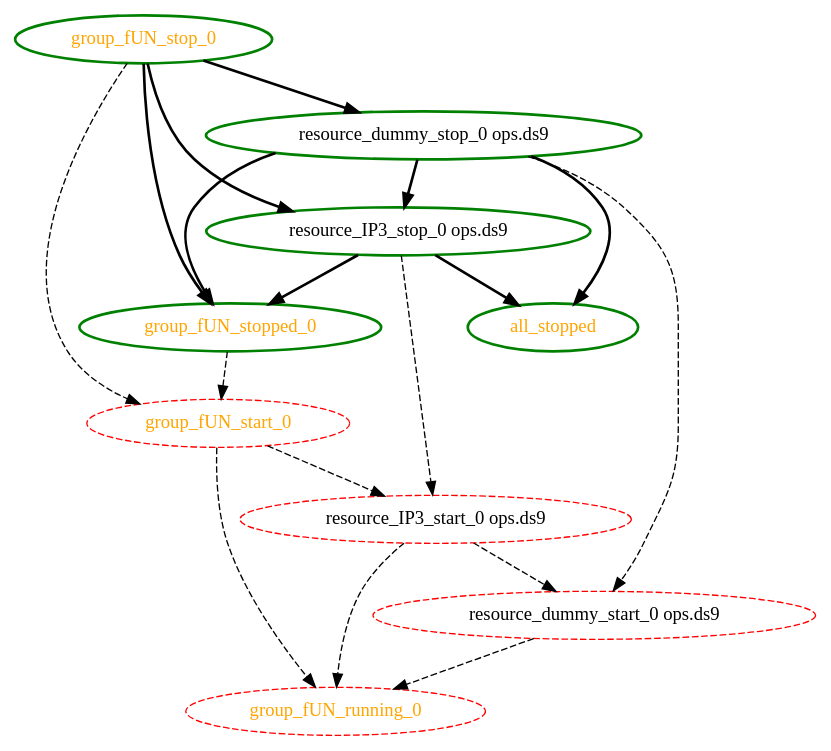
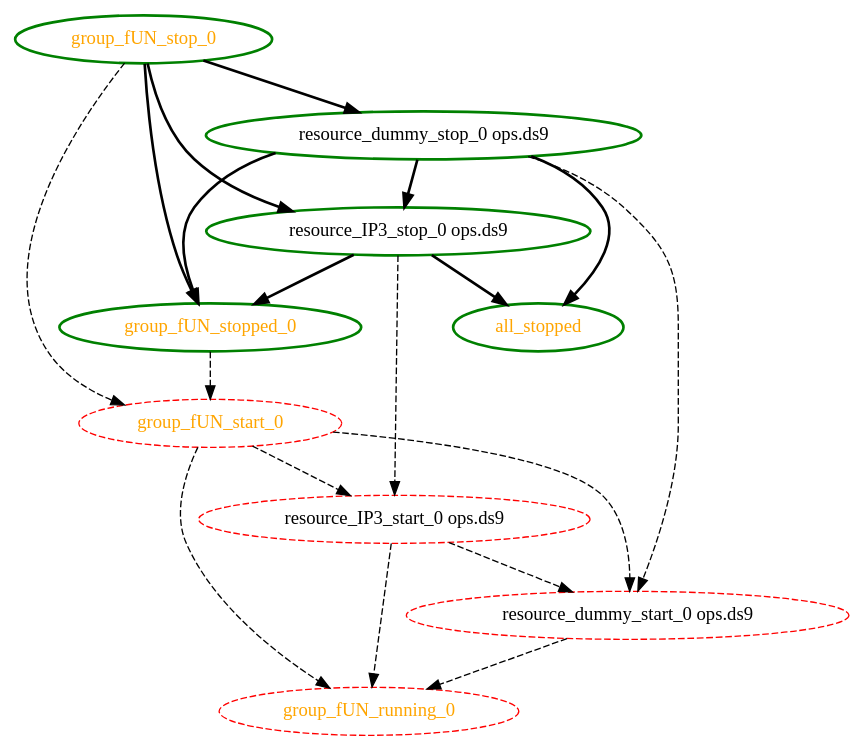
Before and after one commit to linux-ha-japan/pm_diskd: the diagram in pengine/testcases/bug-1718.dot, drawn with Graphviz. The commit also changed 57 other files, not shown here.

Commit message:
High: PE: Group start ordering fixes Ensure group.start is included in the graph if any of its members are starting.  This allows it to be ordered after group.stopped and group.demoted actions (if any member of the group is being stopped or demoted)

```diff
--- a/pengine/testcases/bug-1718.dot
+++ b/pengine/testcases/bug-1718.dot
@@ -1,28 +1,29 @@
 digraph "g" {
 "all_stopped" [ style=bold color="green" fontcolor="orange"  ]
 "group_fUN_running_0" [ style=dashed color="red" fontcolor="orange"  ]
 "group_fUN_start_0" -> "group_fUN_running_0" [ style = dashed]
 "group_fUN_start_0" -> "resource_IP3_start_0 ops.ds9" [ style = dashed]
+"group_fUN_start_0" -> "resource_dummy_start_0 ops.ds9" [ style = dashed]
 "group_fUN_start_0" [ style=dashed color="red" fontcolor="orange"  ]
 "group_fUN_stop_0" -> "group_fUN_start_0" [ style = dashed]
 "group_fUN_stop_0" -> "group_fUN_stopped_0" [ style = bold]
 "group_fUN_stop_0" -> "resource_IP3_stop_0 ops.ds9" [ style = bold]
 "group_fUN_stop_0" -> "resource_dummy_stop_0 ops.ds9" [ style = bold]
 "group_fUN_stop_0" [ style=bold color="green" fontcolor="orange"  ]
 "group_fUN_stopped_0" -> "group_fUN_start_0" [ style = dashed]
 "group_fUN_stopped_0" [ style=bold color="green" fontcolor="orange"  ]
 "resource_IP3_start_0 ops.ds9" -> "group_fUN_running_0" [ style = dashed]
 "resource_IP3_start_0 ops.ds9" -> "resource_dummy_start_0 ops.ds9" [ style = dashed]
 "resource_IP3_start_0 ops.ds9" [ style=dashed color="red" fontcolor="black"  ]
 "resource_IP3_stop_0 ops.ds9" -> "all_stopped" [ style = bold]
 "resource_IP3_stop_0 ops.ds9" -> "group_fUN_stopped_0" [ style = bold]
 "resource_IP3_stop_0 ops.ds9" -> "resource_IP3_start_0 ops.ds9" [ style = dashed]
 "resource_IP3_stop_0 ops.ds9" [ style=bold color="green" fontcolor="black"  ]
 "resource_dummy_start_0 ops.ds9" -> "group_fUN_running_0" [ style = dashed]
 "resource_dummy_start_0 ops.ds9" [ style=dashed color="red" fontcolor="black"  ]
 "resource_dummy_stop_0 ops.ds9" -> "all_stopped" [ style = bold]
 "resource_dummy_stop_0 ops.ds9" -> "group_fUN_stopped_0" [ style = bold]
 "resource_dummy_stop_0 ops.ds9" -> "resource_IP3_stop_0 ops.ds9" [ style = bold]
 "resource_dummy_stop_0 ops.ds9" -> "resource_dummy_start_0 ops.ds9" [ style = dashed]
 "resource_dummy_stop_0 ops.ds9" [ style=bold color="green" fontcolor="black"  ]
 }
```
